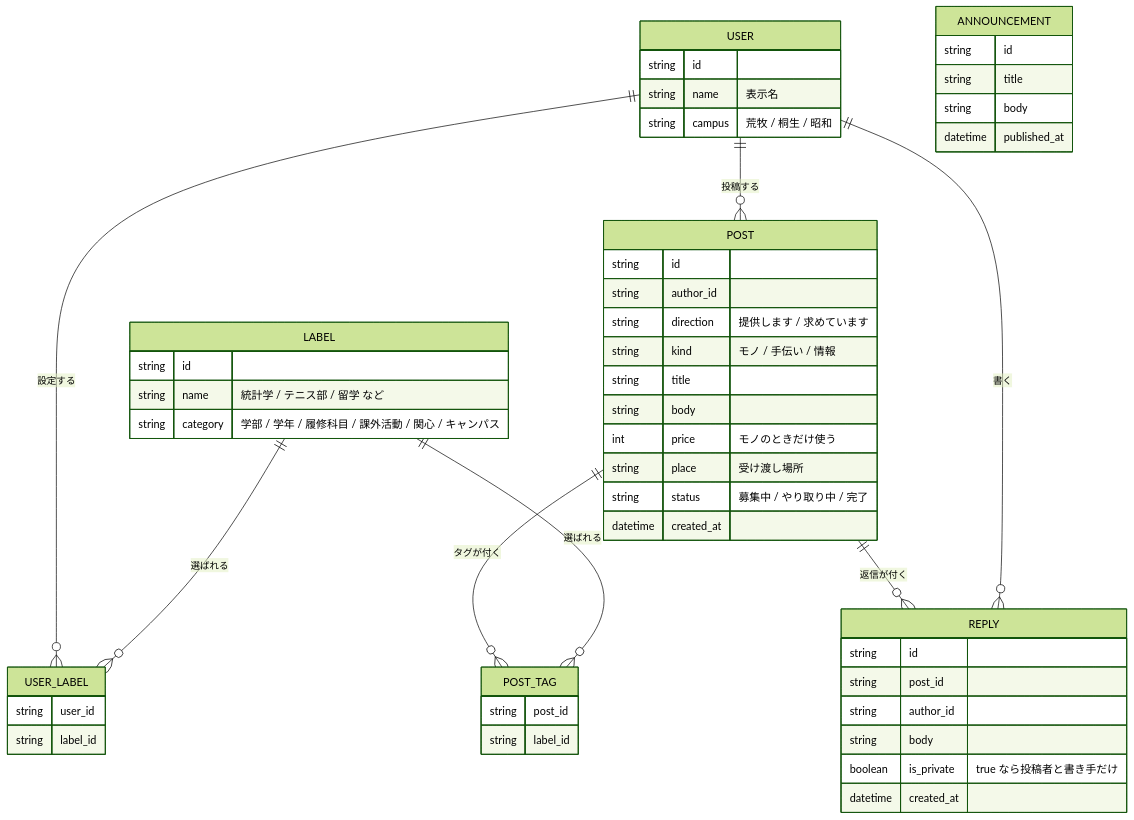
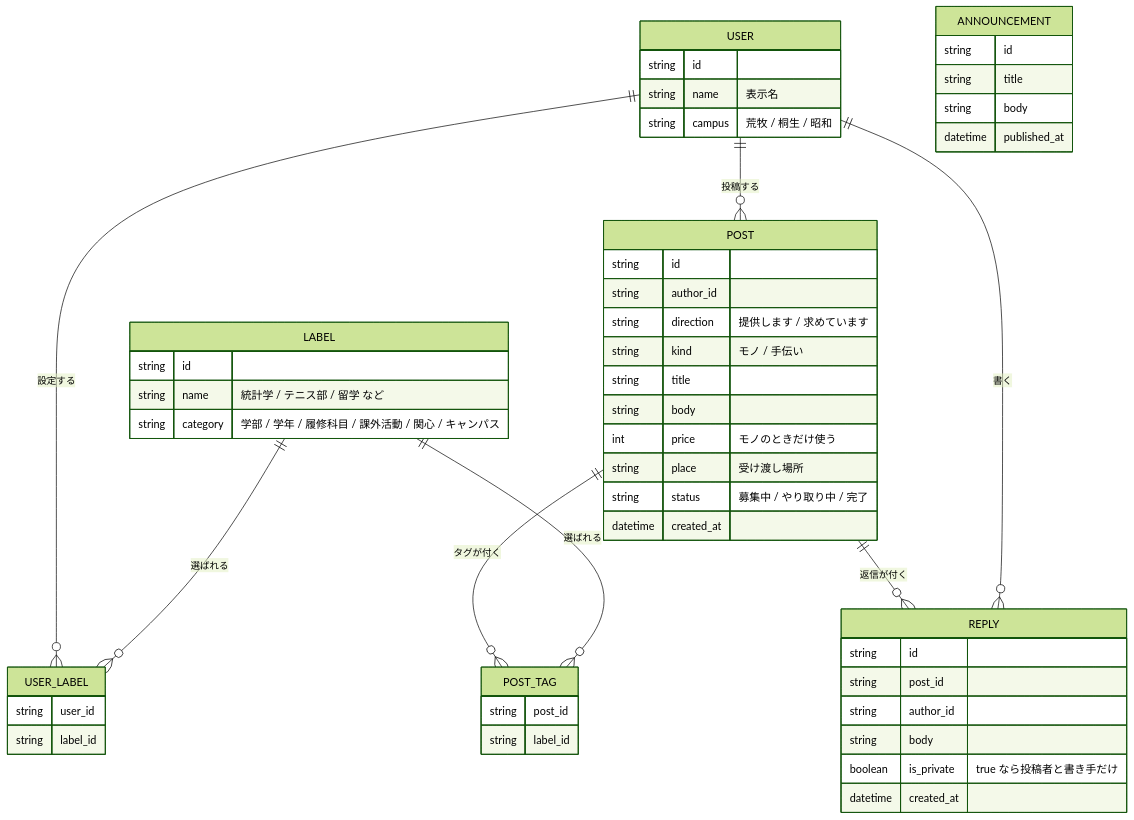
Before and after one commit to st-yuka0310/platform_app: the diagram in README.md, drawn with Mermaid (forest theme). The commit also changed other lines of this file and 4 other files, not shown here.

````diff
--- a/README.md
+++ b/README.md
@@ -362,55 +375,55 @@
 ```mermaid
 erDiagram
     USER ||--o{ USER_LABEL : "設定する"
     LABEL ||--o{ USER_LABEL : "選ばれる"
     USER ||--o{ POST : "投稿する"
     POST ||--o{ POST_TAG : "タグが付く"
     LABEL ||--o{ POST_TAG : "選ばれる"
     POST ||--o{ REPLY : "返信が付く"
     USER ||--o{ REPLY : "書く"
 
     USER {
         string id
         string name "表示名"
         string campus "荒牧 / 桐生 / 昭和"
     }
     LABEL {
         string id
         string name "統計学 / テニス部 / 留学 など"
         string category "学部 / 学年 / 履修科目 / 課外活動 / 関心 / キャンパス"
     }
     USER_LABEL {
         string user_id
         string label_id
     }
     POST {
         string id
         string author_id
         string direction "提供します / 求めています"
-        string kind "モノ / 手伝い / 情報"
+        string kind "モノ / 手伝い"
         string title
         string body
         int price "モノのときだけ使う"
         string place "受け渡し場所"
         string status "募集中 / やり取り中 / 完了"
         datetime created_at
     }
     POST_TAG {
         string post_id
         string label_id
     }
     REPLY {
         string id
         string post_id
         string author_id
         string body
         boolean is_private "true なら投稿者と書き手だけ"
         datetime created_at
     }
     ANNOUNCEMENT {
         string id
         string title
         string body
         datetime published_at
     }
 ```
````
